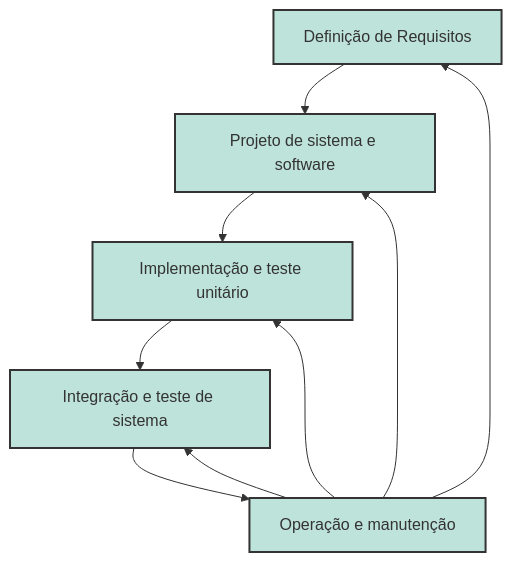
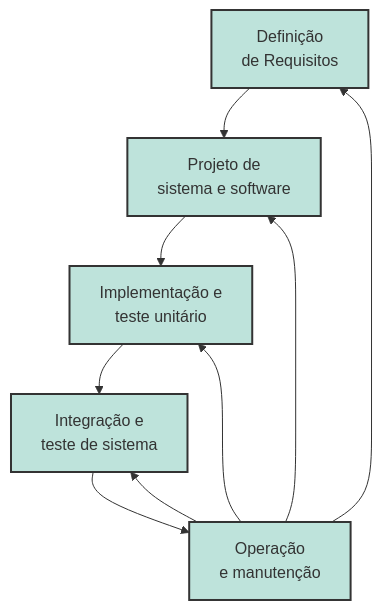
The first of 8 diagrams in capitulos/PROCESSO_DE_SOFTWARE.md (henryzord/softwareEngineering), drawn with Mermaid before and after one commit. The commit also changed 2 other files, not shown here.

Commit message:
minor additions to text

````diff
--- a/capitulos/PROCESSO_DE_SOFTWARE.md
+++ b/capitulos/PROCESSO_DE_SOFTWARE.md
@@ -22,23 +22,23 @@
 ```mermaid
 flowchart TD
     style A fill:#BEE3DB,stroke:#333,stroke-width:2px
     style B fill:#BEE3DB,stroke:#333,stroke-width:2px
     style C fill:#BEE3DB,stroke:#333,stroke-width:2px
     style D fill:#BEE3DB,stroke:#333,stroke-width:2px
     style E fill:#BEE3DB,stroke:#333,stroke-width:2px    
     
-    A["Definição de Requisitos"]
-    B["Projeto de sistema e software"]
-    C["Implementação e teste unitário"]
-    D["Integração e teste de sistema"]
-    E["Operação e manutenção"]
+    A["Definição<br>de Requisitos"]
+    B["Projeto de<br>sistema e software"]
+    C["Implementação e<br>teste unitário"]
+    D["Integração e<br>teste de sistema"]
+    E["Operação<br>e manutenção"]
 
     A --> B
     B --> C
     C --> D
     D --> E
     E --> A
     E --> B
     E --> C
     E --> D
 ```
````
